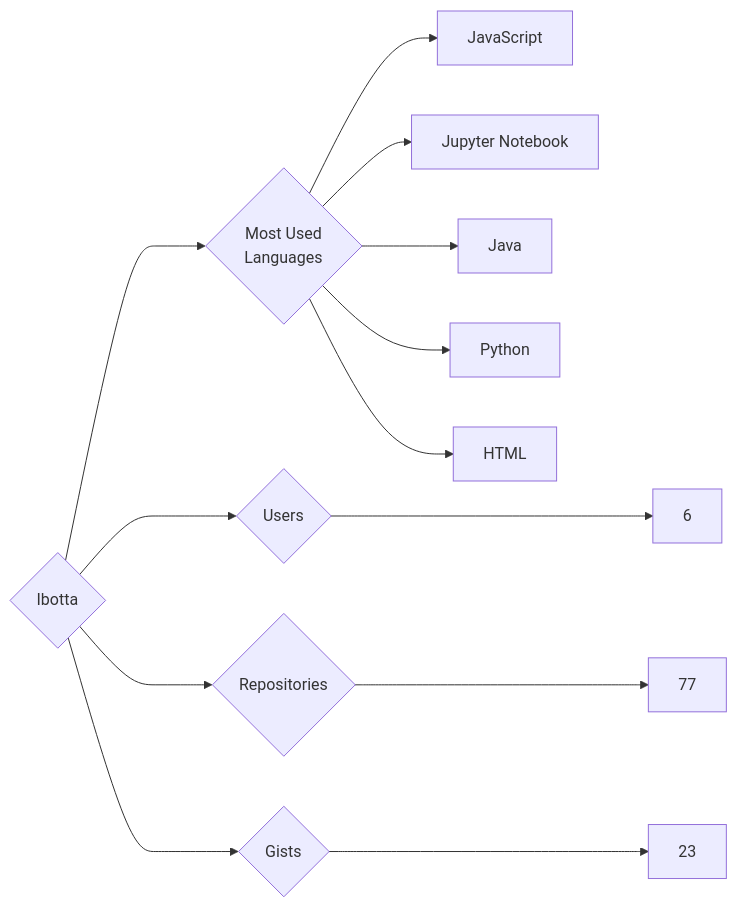
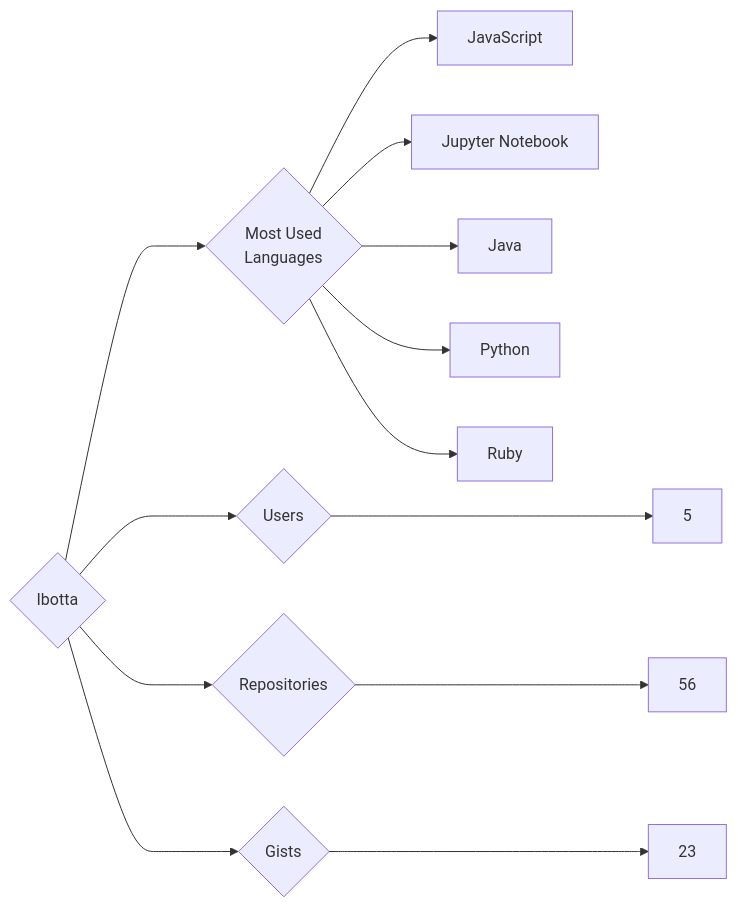
One commit to trickest/insiders changed the diagram in targets/Ibotta/README.md. Above: the diagram before and after it, drawn with Mermaid. The commit also changed 1092 other files, not shown here.

````diff
--- a/targets/Ibotta/README.md
+++ b/targets/Ibotta/README.md
@@ -3,13 +3,13 @@
 ```mermaid
 graph LR
 COMPANY_NAME{Ibotta}
-COMPANY_NAME ---> U{Users} ---> UN[6]
-COMPANY_NAME ---> R{Repositories} ---> RN[77]
+COMPANY_NAME ---> U{Users} ---> UN[5]
+COMPANY_NAME ---> R{Repositories} ---> RN[56]
 COMPANY_NAME ---> G{Gists} ---> GN[23]
 COMPANY_NAME ---> ML{Most Used<br>Languages}
 ML --> JavaScript[JavaScript]
 ML --> Jupyter_Notebook[Jupyter Notebook]
 ML --> Java[Java]
 ML --> Python[Python]
-ML --> HTML[HTML]
+ML --> Ruby[Ruby]
 ```
````
